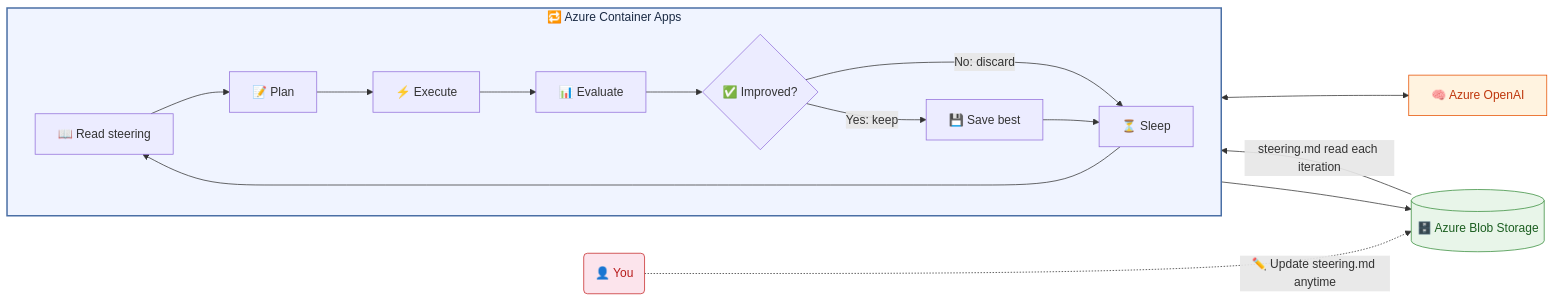
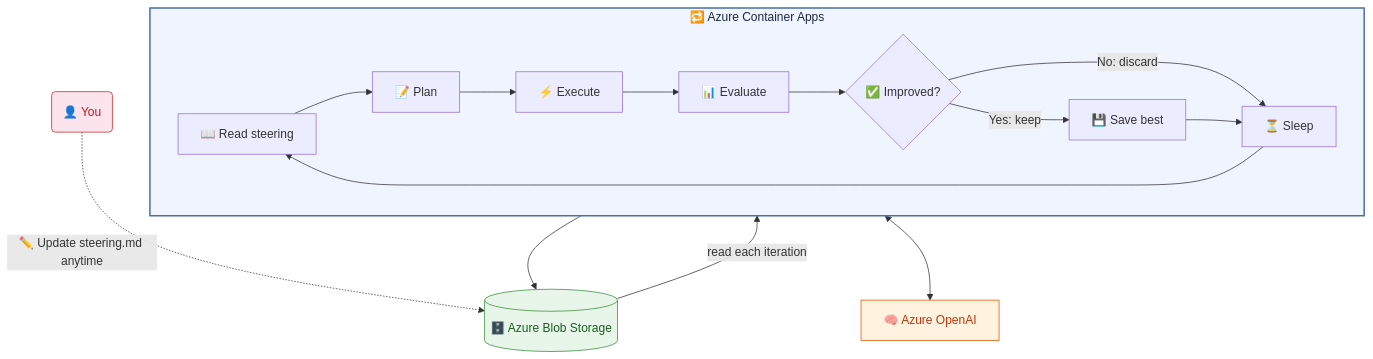
The diagram in README.md (microsoft/aloop), drawn with Mermaid before and after one commit.

Commit message:
Simplify architecture diagram: single AOAI link, TB layout

````diff
--- a/README.md
+++ b/README.md
@@ -155,25 +155,26 @@
 ```mermaid
-flowchart LR
+flowchart TB
   user("👤 You")
-  blob[("🗄️ Azure Blob Storage")]
-  openai["🧠 Azure OpenAI"]
 
   subgraph aca ["🔁 Azure Container Apps"]
     direction LR
     read["📖 Read steering"] --> plan["📝 Plan"] --> exec["⚡ Execute"] --> eval["📊 Evaluate"]
     eval --> gate{"✅ Improved?"}
     gate -- "Yes: keep" --> save["💾 Save best"]
     gate -- "No: discard" --> wait["⏳ Sleep"]
     save --> wait --> read
   end
 
+  blob[("🗄️ Azure Blob Storage")]
+  openai["🧠 Azure OpenAI"]
+
   user -. "✏️ Update steering.md anytime" .-> blob
-  blob -- "steering.md read each iteration" --> read
-  exec <--> openai
+  blob -- "read each iteration" --> read
+  aca <--> openai
   save --> blob
 
   style aca fill:#f0f4ff,stroke:#4a6fa5,color:#1a2a44,stroke-width:2px
   style blob fill:#e8f5e9,stroke:#388e3c,color:#1b5e20
   style openai fill:#fff3e0,stroke:#e65100,color:#bf360c
   style user fill:#fce4ec,stroke:#c62828,color:#b71c1c
 ```
````
